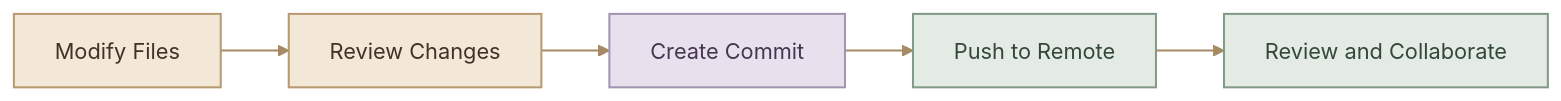
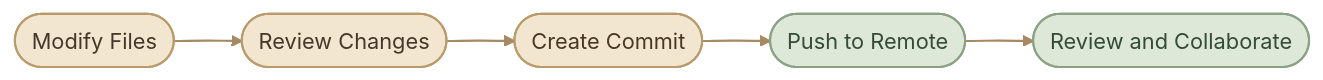
One commit to mustafammasoud/ops-handbook changed the sixth of 6 diagrams in content/version-control/Git and GitHub/version-control-fundamentals.mdx. Above: the diagram before and after it, drawn with Mermaid. The commit also changed other lines of this file and 17 other files, not shown here.

````diff
--- a/content/version-control/Git and GitHub/version-control-fundamentals.mdx
+++ b/content/version-control/Git and GitHub/version-control-fundamentals.mdx
@@ -227,17 +245,17 @@
 ```mermaid
 flowchart LR
-    A["Modify Files"] --> B["Review Changes"]
-    B --> C["Create Commit"]
-    C --> D["Push to Remote"]
-    D --> E["Review and Collaborate"]
+    A(["Modify Files"]) --> B(["Review Changes"])
+    B --> C(["Create Commit"])
+    C --> D(["Push to Remote"])
+    D --> E(["Review and Collaborate"])
 
-    classDef work fill:#F3E8D8,stroke:#B89A72,color:#403326,stroke-width:1.5px
-    classDef commit fill:#E8E0ED,stroke:#A394B3,color:#44374F,stroke-width:1.5px
-    classDef remote fill:#E3EBE4,stroke:#829A87,color:#33483A,stroke-width:1.5px
+    classDef work fill:#F3E6D0,stroke:#B99A6A,color:#46372A,stroke-width:1.5px
+    classDef commit fill:#F3E6D0,stroke:#B99A6A,color:#493722,stroke-width:1.5px
+    classDef remote fill:#DDE8D8,stroke:#8AA184,color:#344B38,stroke-width:1.5px
 
     class A,B work
     class C commit
     class D,E remote
 
     linkStyle default stroke:#A68A64,stroke-width:1.5px
 ```
````
